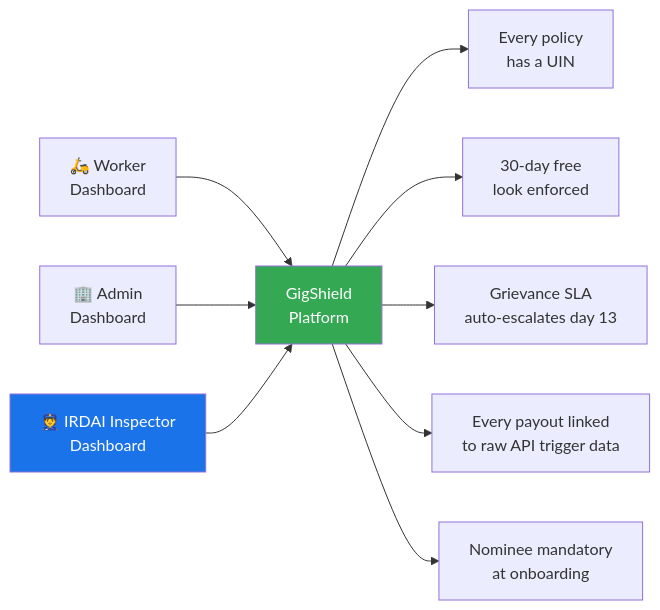
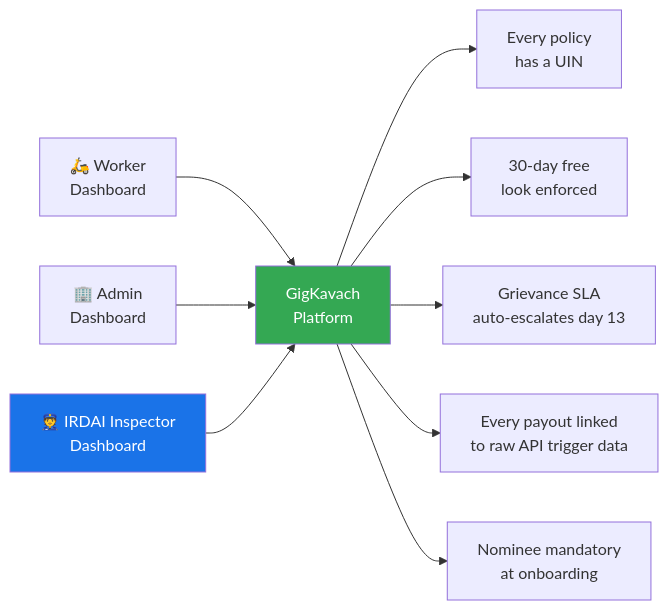
One commit to Ankita562/gigshield changed the fourth of 4 diagrams in README.md. Above: the diagram before and after it, drawn with Mermaid. The commit also changed other lines of this file and 18 other files, not shown here.

````diff
--- a/README.md
+++ b/README.md
@@ -264,15 +264,15 @@
 ```mermaid
 flowchart LR
-    A[🛵 Worker\nDashboard] --> D[GigShield\nPlatform]
+    A[🛵 Worker\nDashboard] --> D[GigKavach\nPlatform]
     B[🏢 Admin\nDashboard] --> D
     C[👮 IRDAI Inspector\nDashboard] --> D
 
     D --> E[Every policy\nhas a UIN]
     D --> F[30-day free\nlook enforced]
     D --> G[Grievance SLA\nauto-escalates day 13]
     D --> H[Every payout linked\nto raw API trigger data]
     D --> I[Nominee mandatory\nat onboarding]
 
     style C fill:#1a73e8,color:#fff
     style D fill:#34a853,color:#fff
 ```
````
